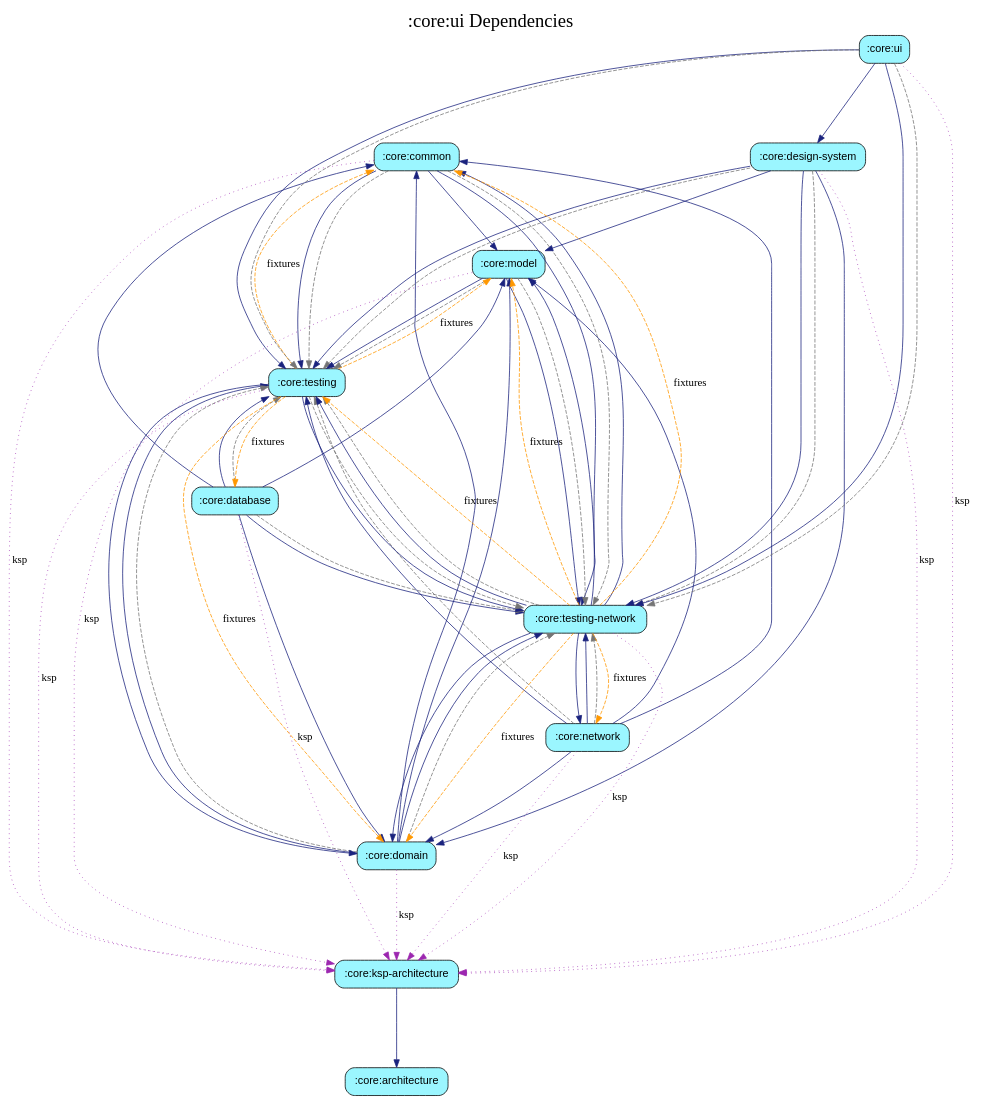
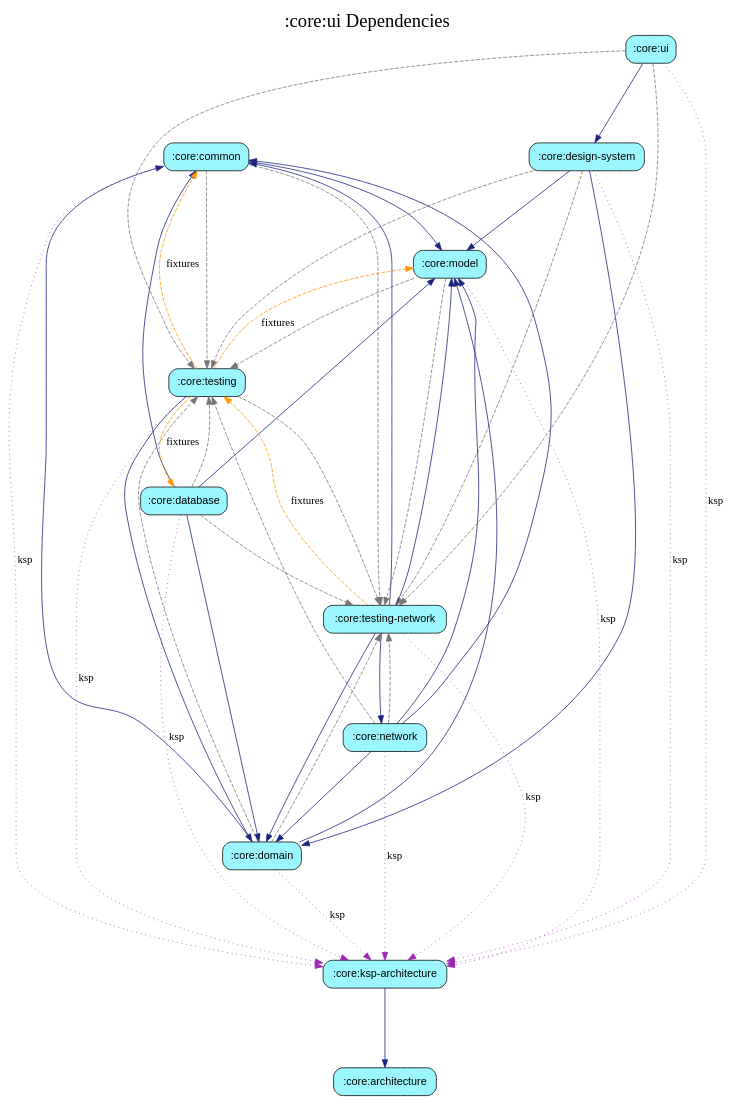
The diagram in core/ui/module_graph.gv (harrykibet/RealEstateApp-Android), drawn with Graphviz before and after one commit. The commit also changed 83 other files, not shown here.

```diff
--- a/core/ui/module_graph.gv
+++ b/core/ui/module_graph.gv
@@ -1,83 +1,61 @@
 digraph {
   graph [label=":core:ui Dependencies", labelloc=t, fontsize=24, ranksep=1.4];
-  node [style="rounded,filled", fontname="sans-serif", shape=box];
+  node [style=filled, fillcolor="#bbdefb", fontname="sans-serif", shape=box, style="rounded,filled"];
   ":core:architecture" [fillcolor="#9BF6FF"];
   ":core:common" [fillcolor="#9BF6FF"];
   ":core:database" [fillcolor="#9BF6FF"];
   ":core:design-system" [fillcolor="#9BF6FF"];
   ":core:domain" [fillcolor="#9BF6FF"];
   ":core:ksp-architecture" [fillcolor="#9BF6FF"];
   ":core:model" [fillcolor="#9BF6FF"];
   ":core:network" [fillcolor="#9BF6FF"];
   ":core:testing" [fillcolor="#9BF6FF"];
   ":core:testing-network" [fillcolor="#9BF6FF"];
   ":core:ui" [fillcolor="#9BF6FF"];
   ":core:common" -> ":core:ksp-architecture" [color="#9C27B0", style=dotted, label="ksp"]
   ":core:common" -> ":core:model" [color="#1A237E", style=solid]
-  ":core:common" -> ":core:testing" [color="#1A237E", style=solid]
   ":core:common" -> ":core:testing" [color="#757575", style=dashed]
-  ":core:common" -> ":core:testing-network" [color="#1A237E", style=solid]
   ":core:common" -> ":core:testing-network" [color="#757575", style=dashed]
   ":core:database" -> ":core:common" [color="#1A237E", style=solid]
   ":core:database" -> ":core:domain" [color="#1A237E", style=solid]
   ":core:database" -> ":core:ksp-architecture" [color="#9C27B0", style=dotted, label="ksp"]
   ":core:database" -> ":core:model" [color="#1A237E", style=solid]
-  ":core:database" -> ":core:testing" [color="#1A237E", style=solid]
   ":core:database" -> ":core:testing" [color="#757575", style=dashed]
-  ":core:database" -> ":core:testing-network" [color="#1A237E", style=solid]
   ":core:database" -> ":core:testing-network" [color="#757575", style=dashed]
   ":core:design-system" -> ":core:domain" [color="#1A237E", style=solid]
   ":core:design-system" -> ":core:ksp-architecture" [color="#9C27B0", style=dotted, label="ksp"]
   ":core:design-system" -> ":core:model" [color="#1A237E", style=solid]
-  ":core:design-system" -> ":core:testing" [color="#1A237E", style=solid]
   ":core:design-system" -> ":core:testing" [color="#757575", style=dashed]
-  ":core:design-system" -> ":core:testing-network" [color="#1A237E", style=solid]
   ":core:design-system" -> ":core:testing-network" [color="#757575", style=dashed]
   ":core:domain" -> ":core:common" [color="#1A237E", style=solid]
   ":core:domain" -> ":core:ksp-architecture" [color="#9C27B0", style=dotted, label="ksp"]
   ":core:domain" -> ":core:model" [color="#1A237E", style=solid]
-  ":core:domain" -> ":core:testing" [color="#1A237E", style=solid]
   ":core:domain" -> ":core:testing" [color="#757575", style=dashed]
-  ":core:domain" -> ":core:testing-network" [color="#1A237E", style=solid]
   ":core:domain" -> ":core:testing-network" [color="#757575", style=dashed]
   ":core:ksp-architecture" -> ":core:architecture" [color="#1A237E", style=solid]
   ":core:model" -> ":core:ksp-architecture" [color="#9C27B0", style=dotted, label="ksp"]
-  ":core:model" -> ":core:testing" [color="#1A237E", style=solid]
   ":core:model" -> ":core:testing" [color="#757575", style=dashed]
-  ":core:model" -> ":core:testing-network" [color="#1A237E", style=solid]
   ":core:model" -> ":core:testing-network" [color="#757575", style=dashed]
   ":core:network" -> ":core:common" [color="#1A237E", style=solid]
   ":core:network" -> ":core:domain" [color="#1A237E", style=solid]
   ":core:network" -> ":core:ksp-architecture" [color="#9C27B0", style=dotted, label="ksp"]
   ":core:network" -> ":core:model" [color="#1A237E", style=solid]
-  ":core:network" -> ":core:testing" [color="#1A237E", style=solid]
   ":core:network" -> ":core:testing" [color="#757575", style=dashed]
-  ":core:network" -> ":core:testing-network" [color="#1A237E", style=solid]
   ":core:network" -> ":core:testing-network" [color="#757575", style=dashed]
   ":core:testing" -> ":core:common" [color="#FF9800", style=dashed, label="fixtures"]
   ":core:testing" -> ":core:database" [color="#FF9800", style=dashed, label="fixtures"]
   ":core:testing" -> ":core:domain" [color="#1A237E", style=solid]
-  ":core:testing" -> ":core:domain" [color="#FF9800", style=dashed, label="fixtures"]
   ":core:testing" -> ":core:ksp-architecture" [color="#9C27B0", style=dotted, label="ksp"]
   ":core:testing" -> ":core:model" [color="#FF9800", style=dashed, label="fixtures"]
-  ":core:testing" -> ":core:testing-network" [color="#1A237E", style=solid]
   ":core:testing" -> ":core:testing-network" [color="#757575", style=dashed]
   ":core:testing-network" -> ":core:common" [color="#1A237E", style=solid]
-  ":core:testing-network" -> ":core:common" [color="#FF9800", style=dashed, label="fixtures"]
   ":core:testing-network" -> ":core:domain" [color="#1A237E", style=solid]
-  ":core:testing-network" -> ":core:domain" [color="#FF9800", style=dashed, label="fixtures"]
   ":core:testing-network" -> ":core:ksp-architecture" [color="#9C27B0", style=dotted, label="ksp"]
   ":core:testing-network" -> ":core:model" [color="#1A237E", style=solid]
-  ":core:testing-network" -> ":core:model" [color="#FF9800", style=dashed, label="fixtures"]
   ":core:testing-network" -> ":core:network" [color="#1A237E", style=solid]
-  ":core:testing-network" -> ":core:network" [color="#FF9800", style=dashed, label="fixtures"]
-  ":core:testing-network" -> ":core:testing" [color="#1A237E", style=solid]
-  ":core:testing-network" -> ":core:testing" [color="#757575", style=dashed]
   ":core:testing-network" -> ":core:testing" [color="#FF9800", style=dashed, label="fixtures"]
   ":core:ui" -> ":core:design-system" [color="#1A237E", style=solid]
   ":core:ui" -> ":core:ksp-architecture" [color="#9C27B0", style=dotted, label="ksp"]
-  ":core:ui" -> ":core:testing" [color="#1A237E", style=solid]
   ":core:ui" -> ":core:testing" [color="#757575", style=dashed]
-  ":core:ui" -> ":core:testing-network" [color="#1A237E", style=solid]
   ":core:ui" -> ":core:testing-network" [color="#757575", style=dashed]
 }
```
